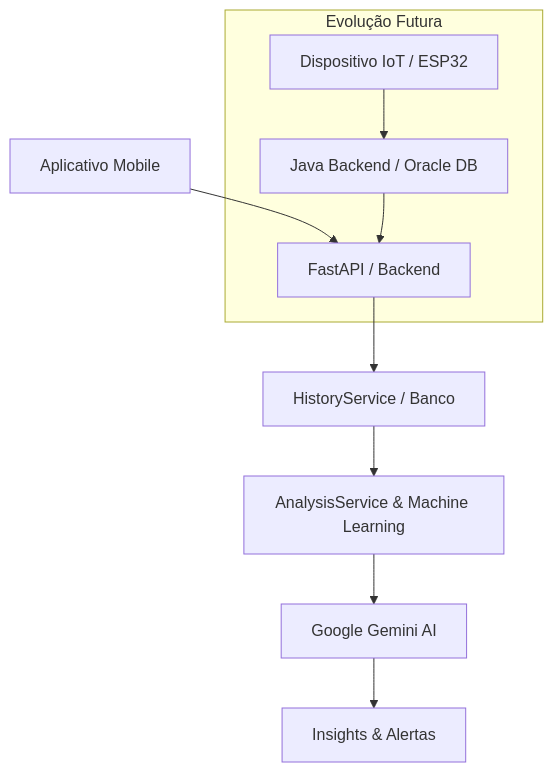
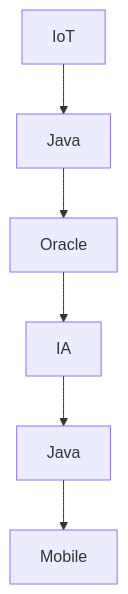
The diagram in README.md (Grupo-BSL-Challenge-FIAP/vitalia-IOT-Sprint-4), drawn with Mermaid before and after one commit. The commit also changed other lines of this file, not shown here.

````diff
--- a/README.md
+++ b/README.md
@@ -120,13 +113,8 @@
 ```mermaid
 graph TD
-    A[Aplicativo Mobile] --> B[FastAPI / Backend]
-    B --> C[HistoryService / Banco]
-    C --> D[AnalysisService & Machine Learning]
-    D --> E[Google Gemini AI]
-    E --> F[Insights & Alertas]
-
-    subgraph Evolução Futura
-        I[Dispositivo IoT / ESP32] --> J[Java Backend / Oracle DB]
-        J --> B
-    end
+    I[IoT] --> J1[Java]
+    J1 --> O[Oracle]
+    O --> A[IA]
+    A --> J2[Java]
+    J2 --> M[Mobile]
 ```
````
